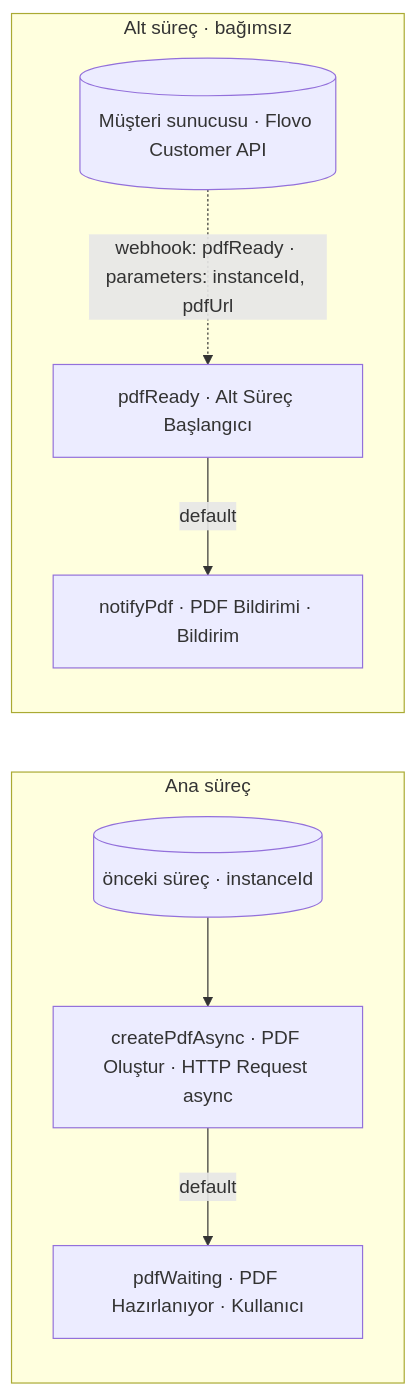
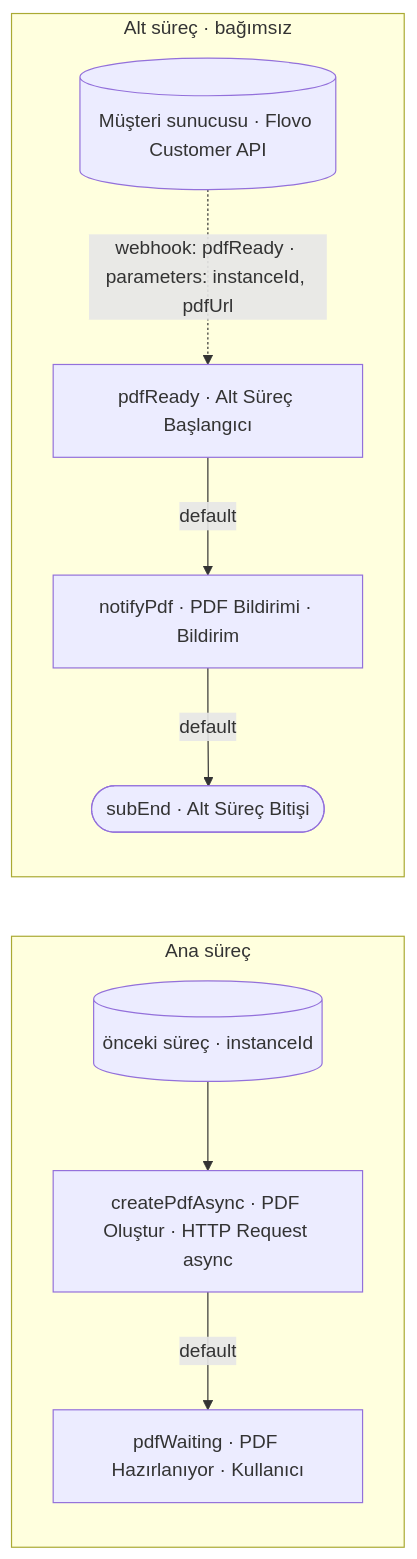
One commit to hiveteamsai/flovo-bpm-doc changed the diagram in bpmEngine/sampleProcess/createPdfAsync/process.md. Above: the diagram before and after it, drawn with Mermaid. The commit also changed other lines of this file and 26 other files, not shown here.

````diff
--- a/bpmEngine/sampleProcess/createPdfAsync/process.md
+++ b/bpmEngine/sampleProcess/createPdfAsync/process.md
@@ -17,11 +17,12 @@
 ```mermaid
 flowchart LR
   subgraph main[Ana süreç]
     prev[(önceki süreç · instanceId)] --> pdf[createPdfAsync · PDF Oluştur · HTTP Request async]
     pdf -->|default| wait[pdfWaiting · PDF Hazırlanıyor · Kullanıcı]
   end
   subgraph sub[Alt süreç · bağımsız]
     ext[(Müşteri sunucusu · Flovo Customer API)] -. "webhook: pdfReady · parameters: instanceId, pdfUrl" .-> start[pdfReady · Alt Süreç Başlangıcı]
     start -->|default| notify[notifyPdf · PDF Bildirimi · Bildirim]
+    notify -->|default| subEnd([subEnd · Alt Süreç Bitişi])
   end
 ```
````
